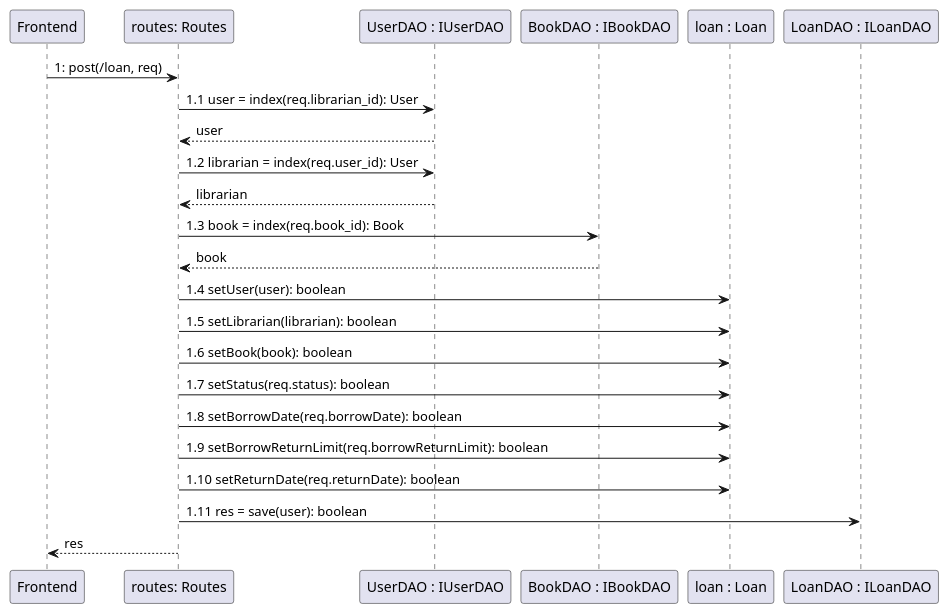
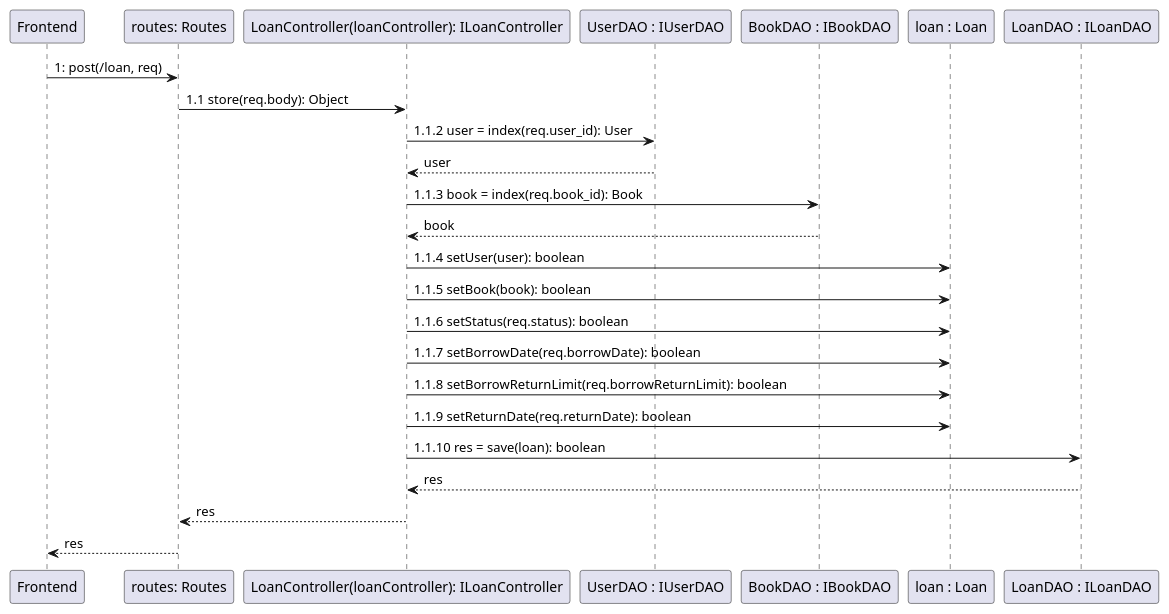
Before and after one commit to GustavoCunhaLacerda/projeto-es2: the diagram in project/Diagramas de Seq/loan/create.plantuml, drawn with PlantUML. The commit also changed 1 other file, not shown here.

Commit message:
WIP: adição de controller

```diff
--- a/project/Diagramas de Seq/loan/create.plantuml
+++ b/project/Diagramas de Seq/loan/create.plantuml
@@ -1,33 +1,35 @@
 @startuml es2
 skinparam class {
     BackgroundColor Snow
     BorderColor Black
 }
 
 Frontend -> "routes: Routes" : 1: post(/loan, req)
 
-"routes: Routes" -> "UserDAO : IUserDAO" : 1.1 user = index(req.librarian_id): User
-"routes: Routes" <-- "UserDAO : IUserDAO" : user
 
-"routes: Routes" -> "UserDAO : IUserDAO" : 1.2 librarian = index(req.user_id): User
-"routes: Routes" <-- "UserDAO : IUserDAO" : librarian
+"routes: Routes" -> "LoanController(loanController): ILoanController" : 1.1 store(req.body): Object
 
-"routes: Routes" -> "BookDAO : IBookDAO" : 1.3 book = index(req.book_id): Book
-"routes: Routes" <-- "BookDAO : IBookDAO" : book
+"LoanController(loanController): ILoanController" -> "UserDAO : IUserDAO" : 1.1.2 user = index(req.user_id): User
+"LoanController(loanController): ILoanController" <-- "UserDAO : IUserDAO" : user
+
+"LoanController(loanController): ILoanController" -> "BookDAO : IBookDAO" : 1.1.3 book = index(req.book_id): Book
+"LoanController(loanController): ILoanController" <-- "BookDAO : IBookDAO" : book
 
 
-"routes: Routes" -> "loan : Loan" : 1.4 setUser(user): boolean
-"routes: Routes" -> "loan : Loan" : 1.5 setLibrarian(librarian): boolean
-"routes: Routes" -> "loan : Loan" : 1.6 setBook(book): boolean
-"routes: Routes" -> "loan : Loan" : 1.7 setStatus(req.status): boolean
-"routes: Routes" -> "loan : Loan" : 1.8 setBorrowDate(req.borrowDate): boolean
-"routes: Routes" -> "loan : Loan" : 1.9 setBorrowReturnLimit(req.borrowReturnLimit): boolean
-"routes: Routes" -> "loan : Loan" : 1.10 setReturnDate(req.returnDate): boolean
+"LoanController(loanController): ILoanController" -> "loan : Loan" : 1.1.4 setUser(user): boolean
+"LoanController(loanController): ILoanController" -> "loan : Loan" : 1.1.5 setBook(book): boolean
+"LoanController(loanController): ILoanController" -> "loan : Loan" : 1.1.6 setStatus(req.status): boolean
+"LoanController(loanController): ILoanController" -> "loan : Loan" : 1.1.7 setBorrowDate(req.borrowDate): boolean
+"LoanController(loanController): ILoanController" -> "loan : Loan" : 1.1.8 setBorrowReturnLimit(req.borrowReturnLimit): boolean
+"LoanController(loanController): ILoanController" -> "loan : Loan" : 1.1.9 setReturnDate(req.returnDate): boolean
 
 
-"routes: Routes" -> "LoanDAO : ILoanDAO" : 1.11 res = save(user): boolean
+"LoanController(loanController): ILoanController" -> "LoanDAO : ILoanDAO" : 1.1.10 res = save(loan): boolean
+"LoanController(loanController): ILoanController" <-- "LoanDAO : ILoanDAO" : res
+
+"routes: Routes" <-- "LoanController(loanController): ILoanController" : res
 
 
 "routes: Routes" --> Frontend : res
 
 @enduml
```
